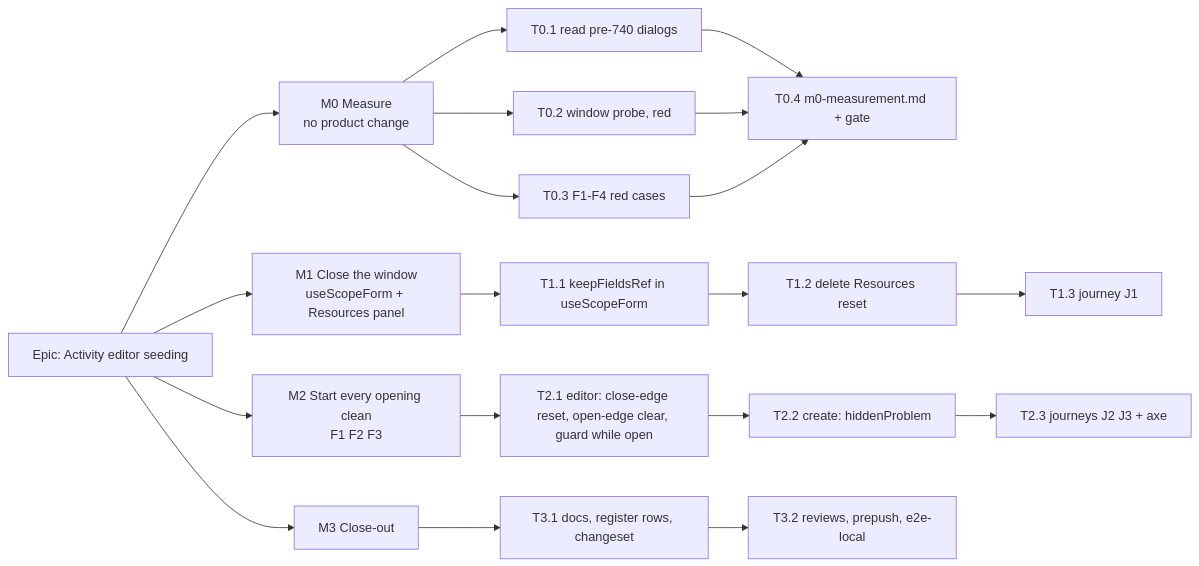
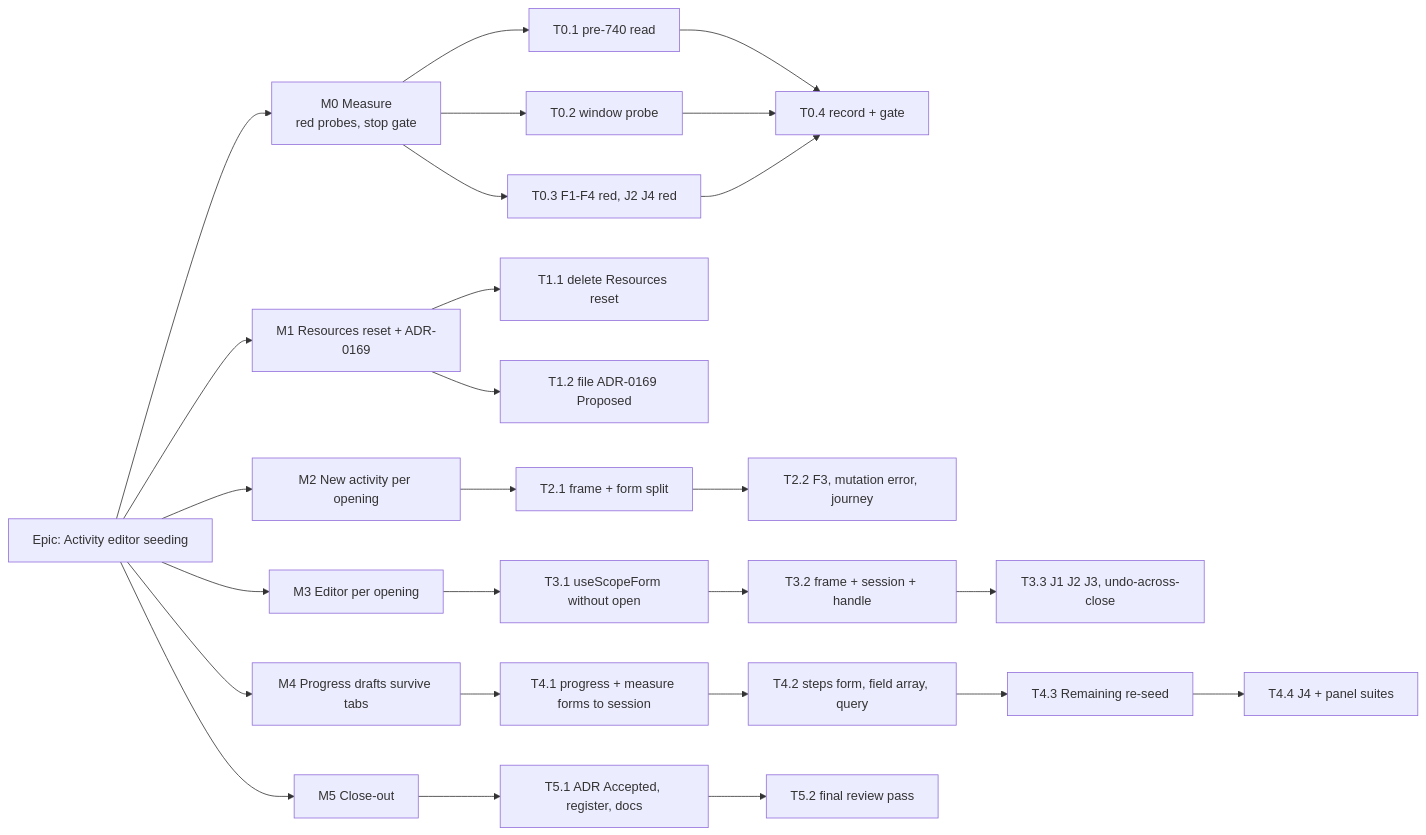
The diagram in docs/specs/activity-editor-seeding/implementation-plan.md (HuttonHomeHub/SchedulePoint_1), drawn with Mermaid before and after one commit. The commit also changed other lines of this file and 1 other file, not shown here.

First line of the commit message:
docs(docs): revise the activity editor spec for a per-opening rebuild (CQ-1 b, CQ-2 b, CQ-3 a)

````diff
--- a/docs/specs/activity-editor-seeding/implementation-plan.md
+++ b/docs/specs/activity-editor-seeding/implementation-plan.md
@@ -13,11 +11,15 @@
 ```mermaid
 flowchart LR
-  E[Epic: Activity editor seeding] --> M0[M0 Measure<br/>no product change]
-  E --> M1[M1 Close the window<br/>useScopeForm + Resources panel]
-  E --> M2[M2 Start every opening clean<br/>F1 F2 F3]
-  E --> M3[M3 Close-out]
-  M0 --> T01[T0.1 read pre-740 dialogs] & T02[T0.2 window probe, red] & T03[T0.3 F1-F4 red cases] --> T04[T0.4 m0-measurement.md + gate]
-  M1 --> T11[T1.1 keepFieldsRef in useScopeForm] --> T12[T1.2 delete Resources reset] --> T13[T1.3 journey J1]
-  M2 --> T21[T2.1 editor: close-edge reset, open-edge clear, guard while open] --> T22[T2.2 create: hiddenProblem] --> T23[T2.3 journeys J2 J3 + axe]
-  M3 --> T31[T3.1 docs, register rows, changeset] --> T32[T3.2 reviews, prepush, e2e-local]
+  E[Epic: Activity editor seeding] --> M0[M0 Measure<br/>red probes, stop gate]
+  E --> M1[M1 Resources reset + ADR-0169]
+  E --> M2[M2 New activity per opening]
+  E --> M3[M3 Editor per opening]
+  E --> M4[M4 Progress drafts survive tabs]
+  E --> M5[M5 Close-out]
+  M0 --> T01[T0.1 pre-740 read] & T02[T0.2 window probe] & T03[T0.3 F1-F4 red, J2 J4 red] --> T04[T0.4 record + gate]
+  M1 --> T11[T1.1 delete Resources reset] & T12[T1.2 file ADR-0169 Proposed]
+  M2 --> T21[T2.1 frame + form split] --> T22[T2.2 F3, mutation error, journey]
+  M3 --> T31[T3.1 useScopeForm without open] --> T32[T3.2 frame + session + handle] --> T33[T3.3 J1 J2 J3, undo-across-close]
+  M4 --> T41[T4.1 progress + measure forms to session] --> T42[T4.2 steps form, field array, query] --> T43[T4.3 Remaining re-seed] --> T44[T4.4 J4 + panel suites]
+  M5 --> T51[T5.1 ADR Accepted, register, docs] --> T52[T5.2 final review pass]
 ```
````
